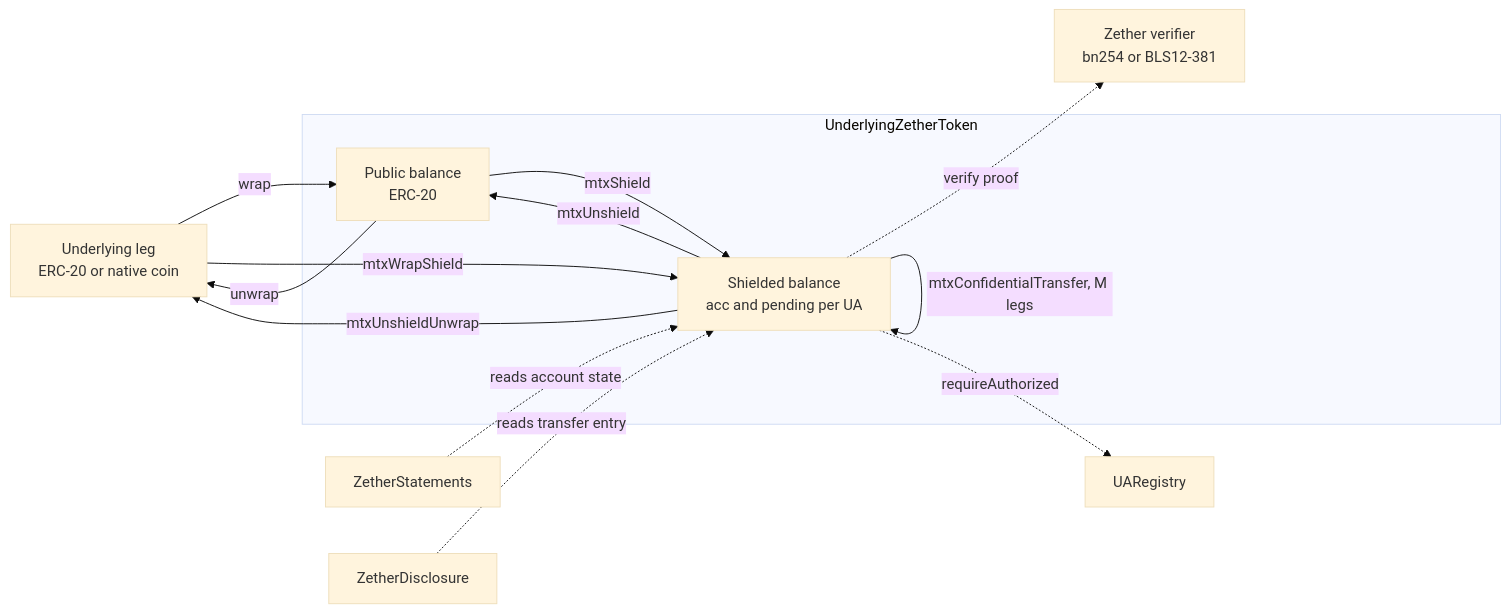
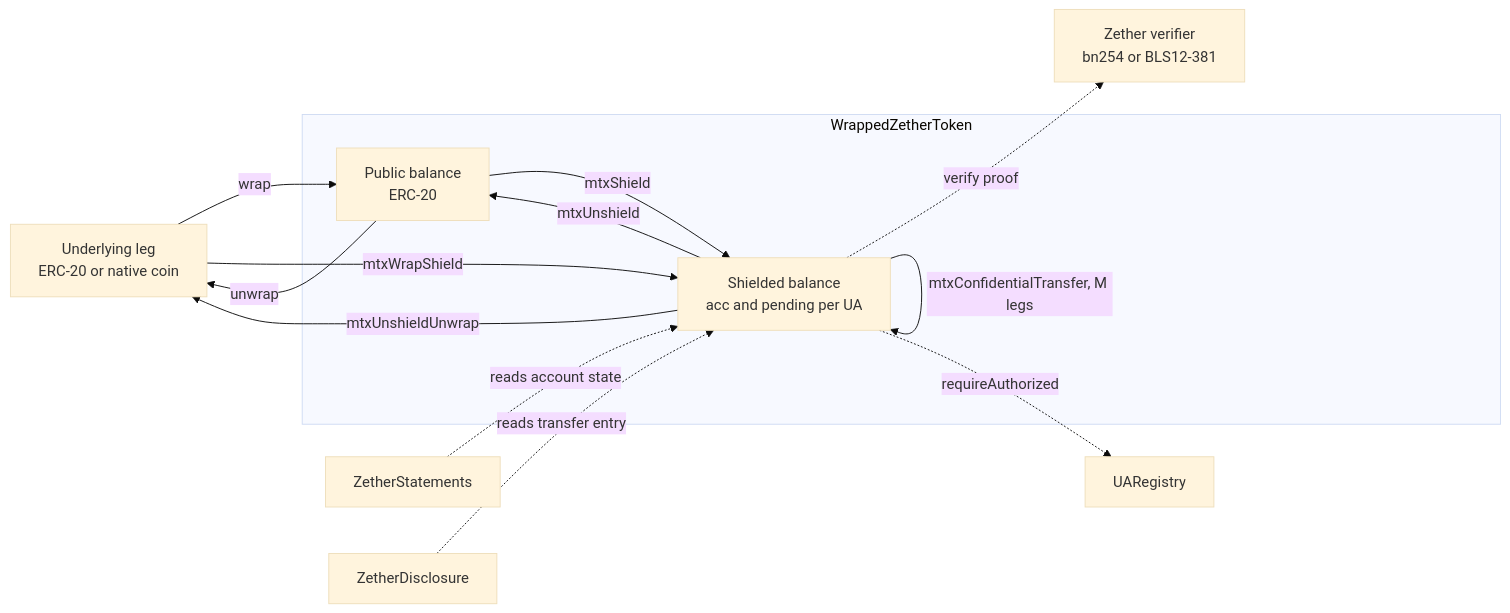
Before and after one commit to dinhduongha/scaas: the fifth of 12 diagrams in docs/architecture.md, drawn with Mermaid (base theme). The commit also changed other lines of this file and 53 other files, not shown here.

````diff
--- a/docs/architecture.md
+++ b/docs/architecture.md
@@ -449,23 +449,23 @@
 ```mermaid
 flowchart LR
     U["Underlying leg<br/>ERC-20 or native coin"]
-    subgraph TOK["UnderlyingZetherToken"]
+    subgraph TOK["WrappedZetherToken"]
         P["Public balance<br/>ERC-20"]
         S["Shielded balance<br/>acc and pending per UA"]
     end
     V["Zether verifier<br/>bn254 or BLS12-381"]
     R["UARegistry"]
     ST["ZetherStatements"]
     D["ZetherDisclosure"]
     U -->|"wrap"| P
     P -->|"unwrap"| U
     P -->|"mtxShield"| S
     S -->|"mtxUnshield"| P
     U -->|"mtxWrapShield"| S
     S -->|"mtxUnshieldUnwrap"| U
     S -->|"mtxConfidentialTransfer, M legs"| S
     S -.->|"verify proof"| V
     S -.->|"requireAuthorized"| R
     ST -.->|"reads account state"| S
     D -.->|"reads transfer entry"| S
 ```
````
